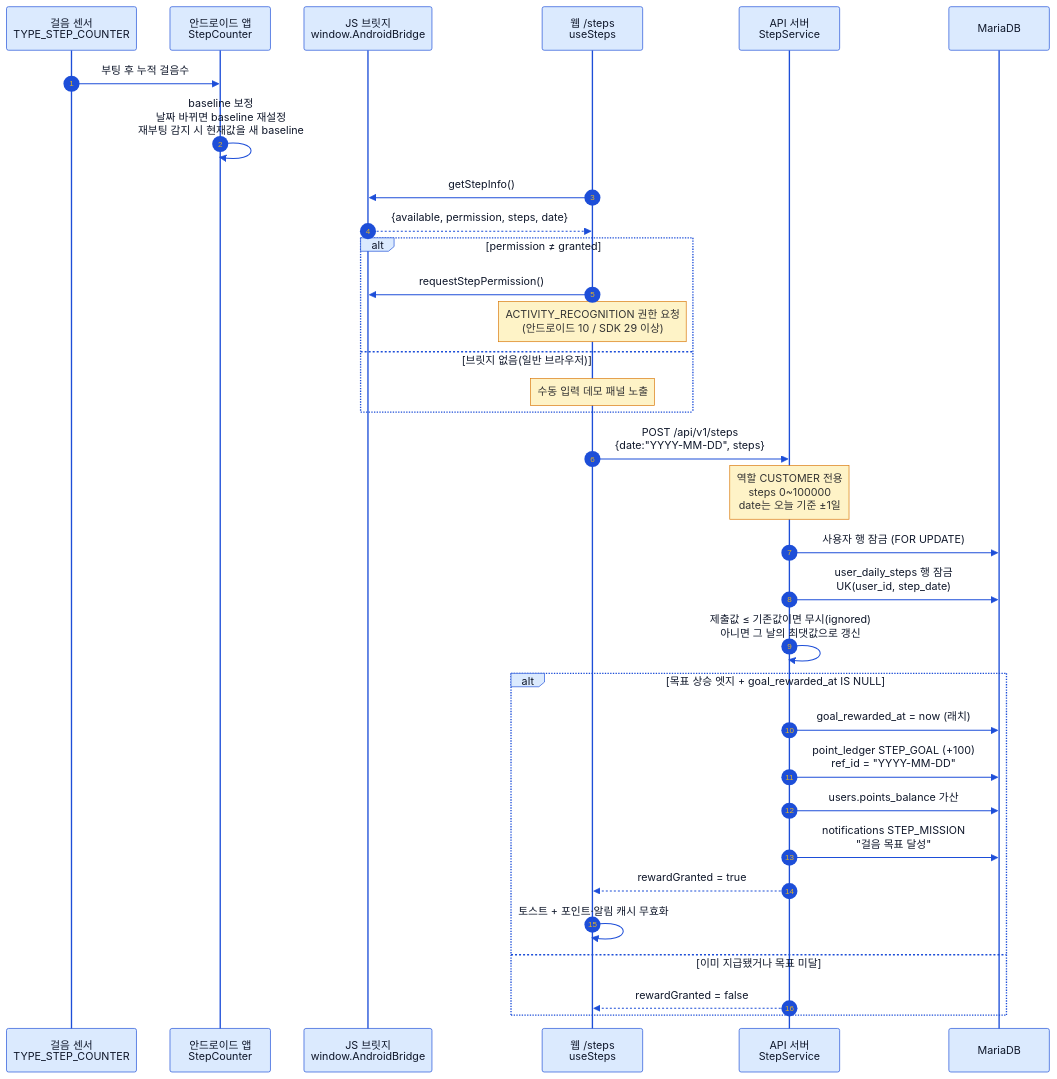
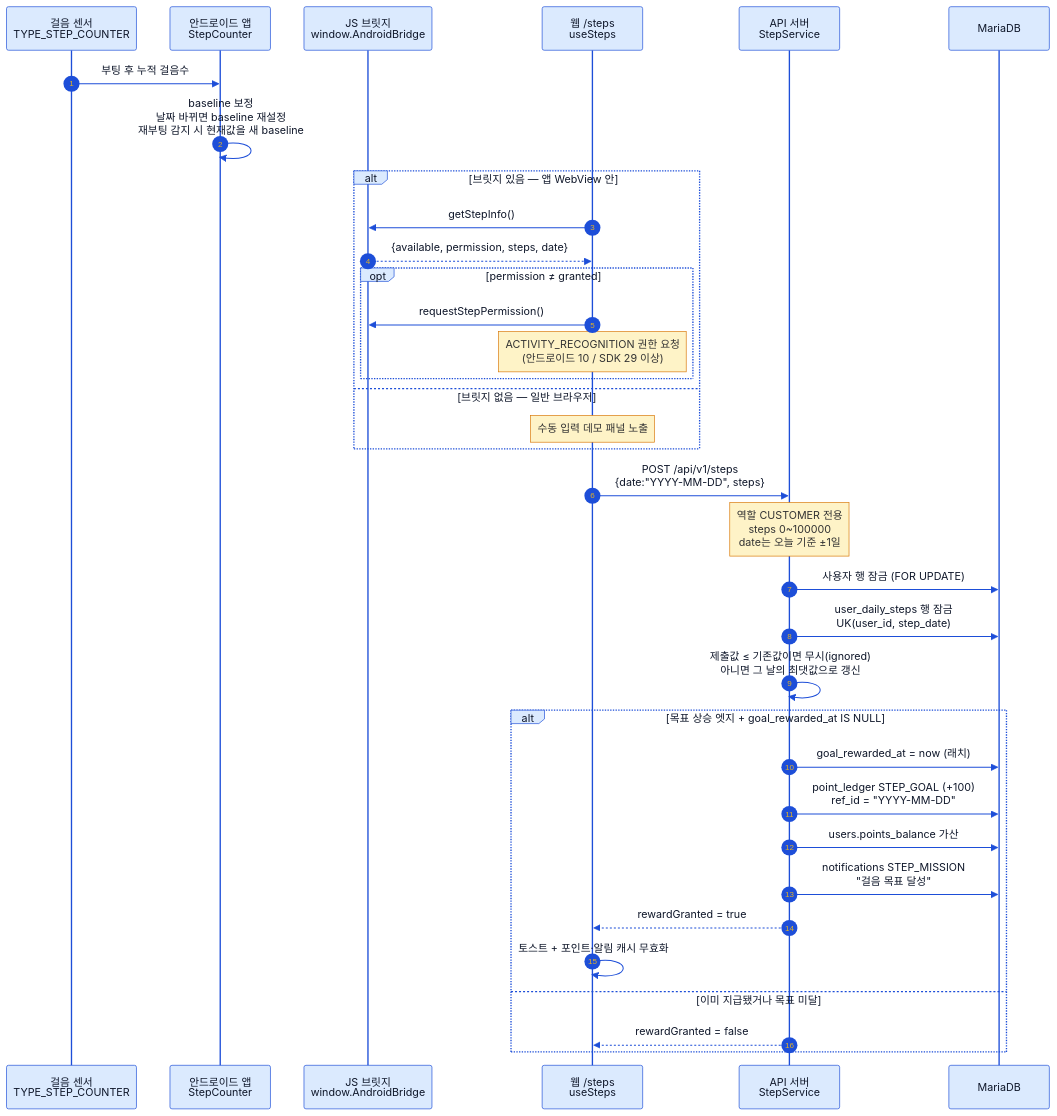
The second of 3 diagrams in docs/architecture/05-reward-flows.md (s-work-agency/ssw-e-commerce-demo-public), drawn with Mermaid before and after one commit. The commit also changed other lines of this file and 30 other files, not shown here.

Commit message:
docs: 다이어그램 SVG 폐지·mermaid 일원화 및 구성도·ERD 최신화

````diff
--- a/docs/architecture/05-reward-flows.md
+++ b/docs/architecture/05-reward-flows.md
@@ -61,42 +59,43 @@
 ```mermaid
 %%{init: {"theme":"base","fontFamily":"Pretendard, Malgun Gothic, sans-serif","themeVariables":{"fontSize":"14px","primaryColor":"#DBEAFE","primaryBorderColor":"#1D4ED8","primaryTextColor":"#0F172A","lineColor":"#1D4ED8","secondaryColor":"#FEF3C7","tertiaryColor":"#DCFCE7","clusterBkg":"#F8FAFC","clusterBorder":"#CBD5E1","noteBkgColor":"#FEF3C7","noteBorderColor":"#D97706","actorBkg":"#DBEAFE","actorBorder":"#1D4ED8","actorTextColor":"#0F172A","signalColor":"#1D4ED8","signalTextColor":"#0F172A","labelBoxBkgColor":"#DBEAFE","labelBoxBorderColor":"#1D4ED8","altSectionBkgColor":"#F8FAFC"},"flowchart":{"curve":"basis","htmlLabels":true,"padding":12}}}%%
 %% 공통 브랜드 테마 — architecture/*.md 전 다이어그램에 동일한 init 블록이 들어간다. 색을 바꿀 때는 이 폴더 전 파일을 일괄 치환할 것.
 sequenceDiagram
     autonumber
     participant SEN as 걸음 센서<br/>TYPE_STEP_COUNTER
     participant APP as 안드로이드 앱<br/>StepCounter
     participant BR as JS 브릿지<br/>window.AndroidBridge
     participant WEB as 웹 /steps<br/>useSteps
     participant API as API 서버<br/>StepService
     participant DB as MariaDB
 
     SEN->>APP: 부팅 후 누적 걸음수
     APP->>APP: baseline 보정<br/>날짜 바뀌면 baseline 재설정<br/>재부팅 감지 시 현재값을 새 baseline
-    WEB->>BR: getStepInfo()
-    BR-->>WEB: {available, permission, steps, date}
-
-    alt permission ≠ granted
-        WEB->>BR: requestStepPermission()
-        Note over WEB: ACTIVITY_RECOGNITION 권한 요청<br/>(안드로이드 10 / SDK 29 이상)
-    else 브릿지 없음(일반 브라우저)
+    alt 브릿지 있음 — 앱 WebView 안
+        WEB->>BR: getStepInfo()
+        BR-->>WEB: {available, permission, steps, date}
+        opt permission ≠ granted
+            WEB->>BR: requestStepPermission()
+            Note over WEB: ACTIVITY_RECOGNITION 권한 요청<br/>(안드로이드 10 / SDK 29 이상)
+        end
+    else 브릿지 없음 — 일반 브라우저
         Note over WEB: 수동 입력 데모 패널 노출
     end
 
     WEB->>API: POST /api/v1/steps<br/>{date:"YYYY-MM-DD", steps}
     Note over API: 역할 CUSTOMER 전용<br/>steps 0~100000<br/>date는 오늘 기준 ±1일
 
     API->>DB: 사용자 행 잠금 (FOR UPDATE)
     API->>DB: user_daily_steps 행 잠금<br/>UK(user_id, step_date)
     API->>API: 제출값 ≤ 기존값이면 무시(ignored)<br/>아니면 그 날의 최댓값으로 갱신
 
     alt 목표 상승 엣지 + goal_rewarded_at IS NULL
         API->>DB: goal_rewarded_at = now (래치)
         API->>DB: point_ledger STEP_GOAL (+100)<br/>ref_id = "YYYY-MM-DD"
         API->>DB: users.points_balance 가산
         API->>DB: notifications STEP_MISSION<br/>"걸음 목표 달성"
         API-->>WEB: rewardGranted = true
         WEB->>WEB: 토스트 + 포인트·알림 캐시 무효화
     else 이미 지급됐거나 목표 미달
         API-->>WEB: rewardGranted = false
     end
 ```
````
